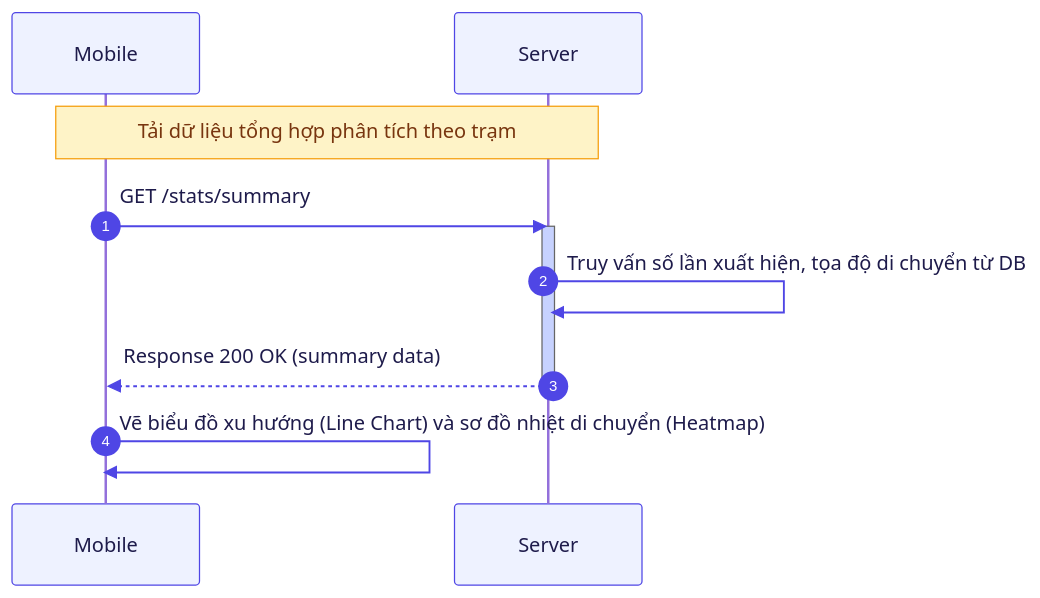
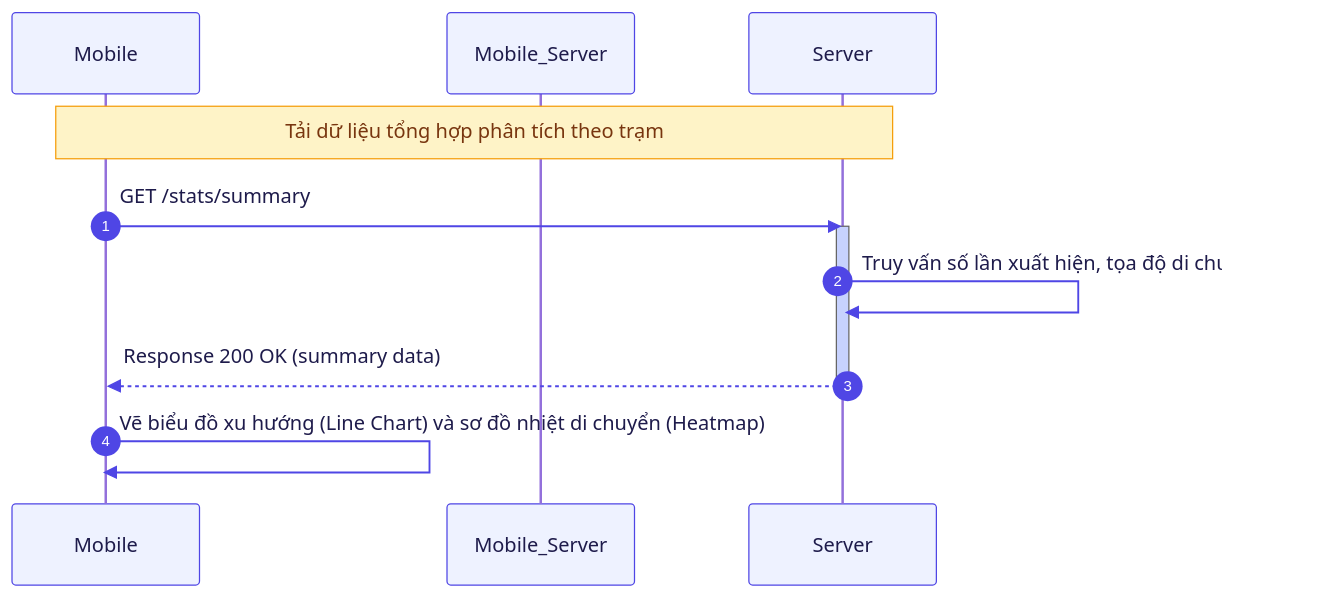
Before and after one commit to trungnguyenthien/Wildlife-Warning-and-Deterrence-System: the fifth of 12 diagrams in docs/on-tap-he-thong.md, drawn with Mermaid. The commit also changed other lines of this file and 3 other files, not shown here.

Commit message:
docs: update system documentation, sequence diagrams, and research topic overview

````diff
--- a/docs/on-tap-he-thong.md
+++ b/docs/on-tap-he-thong.md
@@ -281,44 +281,44 @@
 ```mermaid
 %%{init: {
   'theme': 'default',
   'sequence': {
     'rightAngles': true,
     'messageAlign': 'left',
     'messageMargin': 40,
     'actorMargin': 80
   },
   'themeVariables': {
     'primaryColor': '#EEF2FF',
     'primaryTextColor': '#1E1B4B',
     'primaryBorderColor': '#6366F1',
     'lineColor': '#4F46E5',
     'secondaryColor': '#F0FDFA',
     'actorBkg': '#EEF2FF',
     'actorBorder': '#4F46E5',
     'actorTextColor': '#1E1B4B',
     'signalColor': '#4F46E5',
     'signalTextColor': '#1E1B4B',
     'labelBoxBkgColor': '#F8FAFC',
     'labelBoxBorderColor': '#818CF8',
     'labelTextColor': '#0F172A',
     'loopTextColor': '#4F46E5',
     'noteBkgColor': '#FEF3C7',
     'noteTextColor': '#78350F',
     'noteBorderColor': '#F59E0B',
     'activationBkgColor': '#C7D2FE',
     'sequenceNumberColor': '#FFFFFF'
   }
 }}%%
 sequenceDiagram
     autonumber
     participant Mobile as Mobile
-    participant Server as Server
+    participant Mobile_Server as Mobile_Server
 
     Note over Mobile, Server: Tải dữ liệu tổng hợp phân tích theo trạm
     Mobile->>Server: GET /stats/summary
     activate Server
     Server->>Server: Truy vấn số lần xuất hiện, tọa độ di chuyển từ DB
     Server-->>Mobile: Response 200 OK (summary data)
     deactivate Server
     Mobile->>Mobile: Vẽ biểu đồ xu hướng (Line Chart) và sơ đồ nhiệt di chuyển (Heatmap)
 ```
````
